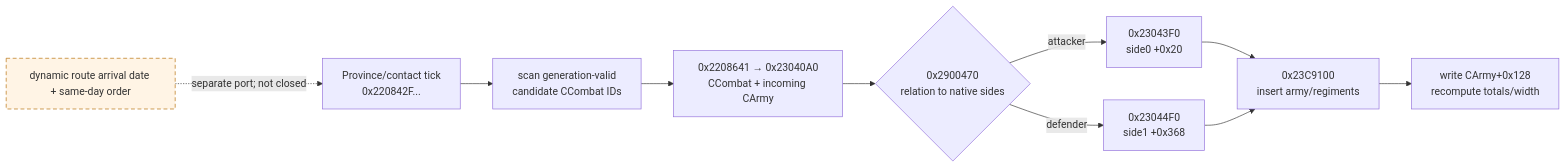
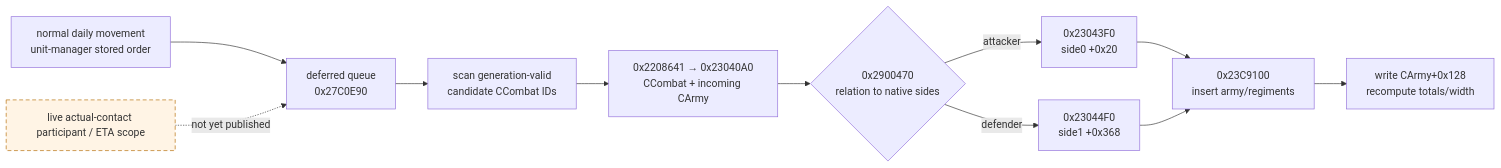
The seventh of 12 diagrams in docs/ck3-native-ai/combat-simulation-inputs.md (XenoAmess/ck3_eternal_recurrence), drawn with Mermaid before and after one commit. The commit also changed other lines of this file and 54 other files, not shown here.

Commit message:
Add live exact contact and combat observation

````diff
--- a/docs/ck3-native-ai/combat-simulation-inputs.md
+++ b/docs/ck3-native-ai/combat-simulation-inputs.md
@@ -757,14 +809,15 @@
 ```mermaid
 flowchart LR
-    P["Province/contact tick<br/>0x220842F..."] --> C["scan generation-valid<br/>candidate CCombat IDs"]
+    M["normal daily movement<br/>unit-manager stored order"] --> P["deferred queue<br/>0x27C0E90"]
+    P --> C["scan generation-valid<br/>candidate CCombat IDs"]
     C --> J["0x2208641 → 0x23040A0<br/>CCombat + incoming CArmy"]
     J --> R{"0x2900470<br/>relation to native sides"}
     R -->|attacker| A["0x23043F0<br/>side0 +0x20"]
     R -->|defender| D["0x23044F0<br/>side1 +0x368"]
     A --> B["0x23C9100<br/>insert army/regiments"]
     D --> B
     B --> U["write CArmy+0x128<br/>recompute totals/width"]
-    E["dynamic route arrival date + same-day order"] -. "separate port; not closed" .-> P
+    E["live actual-contact participant / ETA scope"] -. "not yet published" .-> P
     classDef unknown stroke-dasharray: 6 4,fill:#fff4e5,stroke:#b36b00;
     class E unknown;
 ```
````
